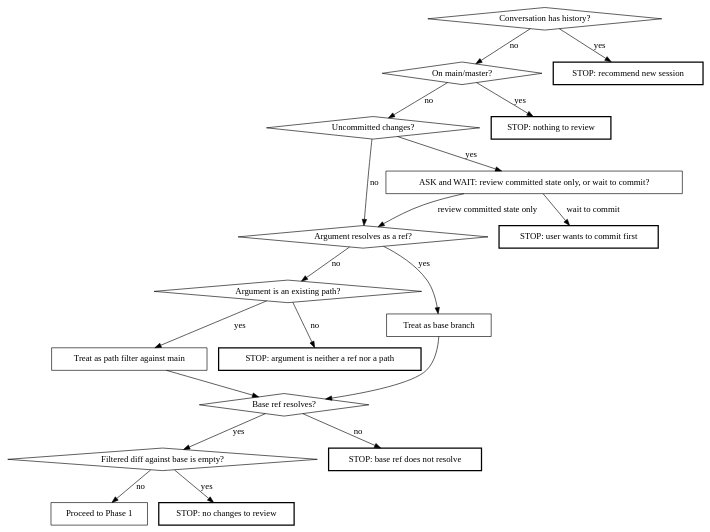
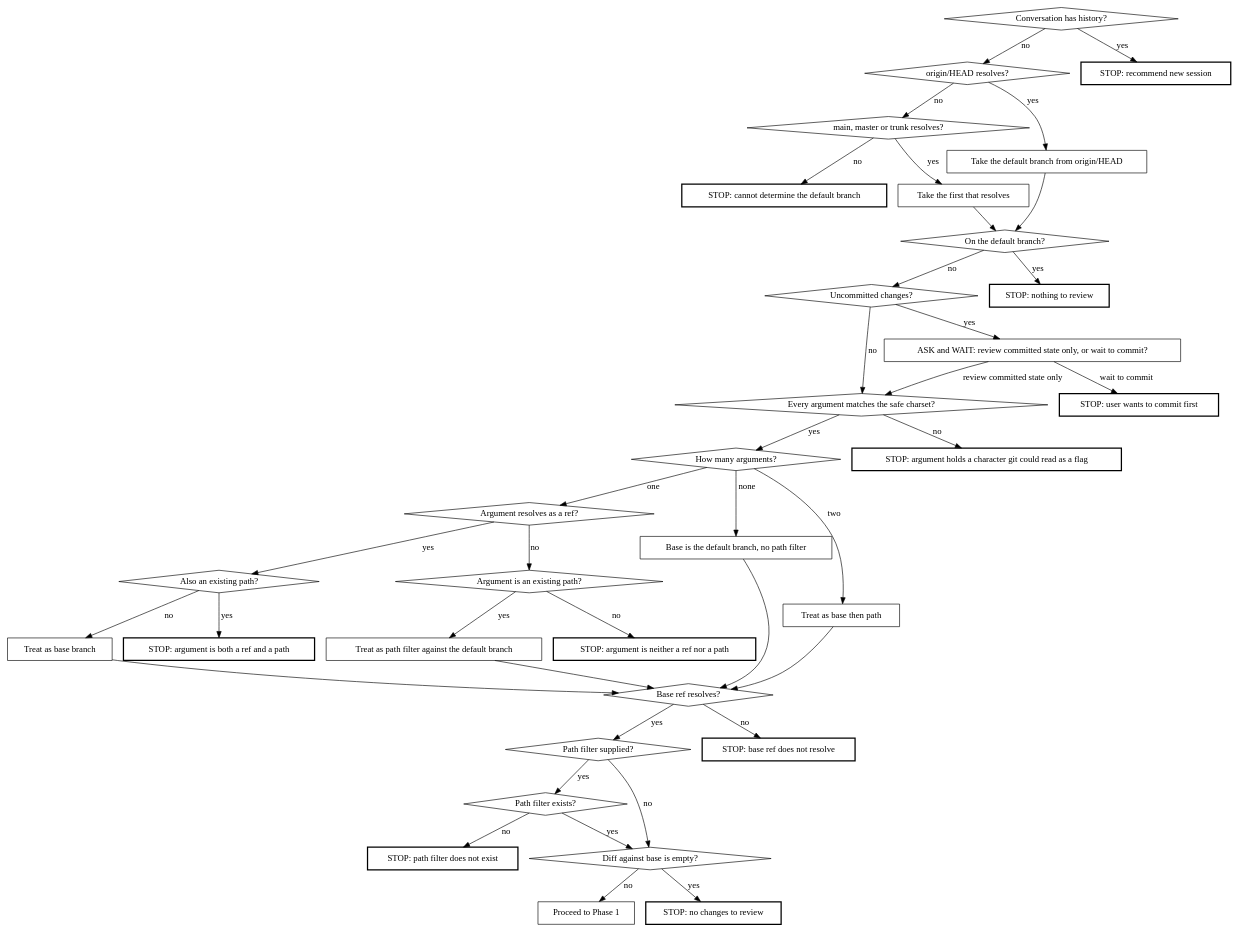
One commit to Ovid/paad changed the second of 2 diagrams in preview/paad/skills/agentic-review/SKILL.md. Above: the diagram before and after it, drawn with Graphviz. The commit also changed other lines of this file and 8 other files, not shown here.

````diff
--- a/preview/paad/skills/agentic-review/SKILL.md
+++ b/preview/paad/skills/agentic-review/SKILL.md
@@ -50,40 +50,74 @@
 ```dot
 digraph preflight {
   "Conversation has history?" [shape=diamond];
-  "On main/master?" [shape=diamond];
+  "origin/HEAD resolves?" [shape=diamond];
+  "main, master or trunk resolves?" [shape=diamond];
+  "On the default branch?" [shape=diamond];
   "Uncommitted changes?" [shape=diamond];
+  "Every argument matches the safe charset?" [shape=diamond];
+  "How many arguments?" [shape=diamond];
   "Argument resolves as a ref?" [shape=diamond];
+  "Also an existing path?" [shape=diamond];
   "Argument is an existing path?" [shape=diamond];
   "Base ref resolves?" [shape=diamond];
-  "Filtered diff against base is empty?" [shape=diamond];
+  "Path filter supplied?" [shape=diamond];
+  "Path filter exists?" [shape=diamond];
+  "Diff against base is empty?" [shape=diamond];
+  "Take the default branch from origin/HEAD" [shape=box];
+  "Take the first that resolves" [shape=box];
+  "Base is the default branch, no path filter" [shape=box];
   "Treat as base branch" [shape=box];
-  "Treat as path filter against main" [shape=box];
+  "Treat as path filter against the default branch" [shape=box];
+  "Treat as base then path" [shape=box];
+  "ASK and WAIT: review committed state only, or wait to commit?" [shape=box];
   "Proceed to Phase 1" [shape=box];
   "STOP: recommend new session" [shape=box, style=bold];
   "STOP: nothing to review" [shape=box, style=bold];
-  "STOP: no changes to review" [shape=box, style=bold];
+  "STOP: cannot determine the default branch" [shape=box, style=bold];
+  "STOP: user wants to commit first" [shape=box, style=bold];
+  "STOP: argument holds a character git could read as a flag" [shape=box, style=bold];
+  "STOP: argument is both a ref and a path" [shape=box, style=bold];
   "STOP: argument is neither a ref nor a path" [shape=box, style=bold];
   "STOP: base ref does not resolve" [shape=box, style=bold];
-  "STOP: user wants to commit first" [shape=box, style=bold];
-  "ASK and WAIT: review committed state only, or wait to commit?" [shape=box];
+  "STOP: path filter does not exist" [shape=box, style=bold];
+  "STOP: no changes to review" [shape=box, style=bold];
 
   "Conversation has history?" -> "STOP: recommend new session" [label="yes"];
-  "Conversation has history?" -> "On main/master?" [label="no"];
-  "On main/master?" -> "STOP: nothing to review" [label="yes"];
-  "On main/master?" -> "Uncommitted changes?" [label="no"];
+  "Conversation has history?" -> "origin/HEAD resolves?" [label="no"];
+  "origin/HEAD resolves?" -> "Take the default branch from origin/HEAD" [label="yes"];
+  "origin/HEAD resolves?" -> "main, master or trunk resolves?" [label="no"];
+  "main, master or trunk resolves?" -> "Take the first that resolves" [label="yes"];
+  "main, master or trunk resolves?" -> "STOP: cannot determine the default branch" [label="no"];
+  "Take the default branch from origin/HEAD" -> "On the default branch?";
+  "Take the first that resolves" -> "On the default branch?";
+  "On the default branch?" -> "STOP: nothing to review" [label="yes"];
+  "On the default branch?" -> "Uncommitted changes?" [label="no"];
   "Uncommitted changes?" -> "ASK and WAIT: review committed state only, or wait to commit?" [label="yes"];
-  "Uncommitted changes?" -> "Argument resolves as a ref?" [label="no"];
-  "ASK and WAIT: review committed state only, or wait to commit?" -> "Argument resolves as a ref?" [label="review committed state only"];
+  "Uncommitted changes?" -> "Every argument matches the safe charset?" [label="no"];
+  "ASK and WAIT: review committed state only, or wait to commit?" -> "Every argument matches the safe charset?" [label="review committed state only"];
   "ASK and WAIT: review committed state only, or wait to commit?" -> "STOP: user wants to commit first" [label="wait to commit"];
-  "Argument resolves as a ref?" -> "Treat as base branch" [label="yes"];
+  "Every argument matches the safe charset?" -> "STOP: argument holds a character git could read as a flag" [label="no"];
+  "Every argument matches the safe charset?" -> "How many arguments?" [label="yes"];
+  "How many arguments?" -> "Base is the default branch, no path filter" [label="none"];
+  "How many arguments?" -> "Argument resolves as a ref?" [label="one"];
+  "How many arguments?" -> "Treat as base then path" [label="two"];
+  "Argument resolves as a ref?" -> "Also an existing path?" [label="yes"];
   "Argument resolves as a ref?" -> "Argument is an existing path?" [label="no"];
-  "Argument is an existing path?" -> "Treat as path filter against main" [label="yes"];
+  "Also an existing path?" -> "STOP: argument is both a ref and a path" [label="yes"];
+  "Also an existing path?" -> "Treat as base branch" [label="no"];
+  "Argument is an existing path?" -> "Treat as path filter against the default branch" [label="yes"];
   "Argument is an existing path?" -> "STOP: argument is neither a ref nor a path" [label="no"];
+  "Base is the default branch, no path filter" -> "Base ref resolves?";
   "Treat as base branch" -> "Base ref resolves?";
-  "Treat as path filter against main" -> "Base ref resolves?";
+  "Treat as path filter against the default branch" -> "Base ref resolves?";
+  "Treat as base then path" -> "Base ref resolves?";
   "Base ref resolves?" -> "STOP: base ref does not resolve" [label="no"];
-  "Base ref resolves?" -> "Filtered diff against base is empty?" [label="yes"];
-  "Filtered diff against base is empty?" -> "STOP: no changes to review" [label="yes"];
-  "Filtered diff against base is empty?" -> "Proceed to Phase 1" [label="no"];
+  "Base ref resolves?" -> "Path filter supplied?" [label="yes"];
+  "Path filter supplied?" -> "Path filter exists?" [label="yes"];
+  "Path filter supplied?" -> "Diff against base is empty?" [label="no"];
+  "Path filter exists?" -> "STOP: path filter does not exist" [label="no"];
+  "Path filter exists?" -> "Diff against base is empty?" [label="yes"];
+  "Diff against base is empty?" -> "STOP: no changes to review" [label="yes"];
+  "Diff against base is empty?" -> "Proceed to Phase 1" [label="no"];
 }
 ```
````
